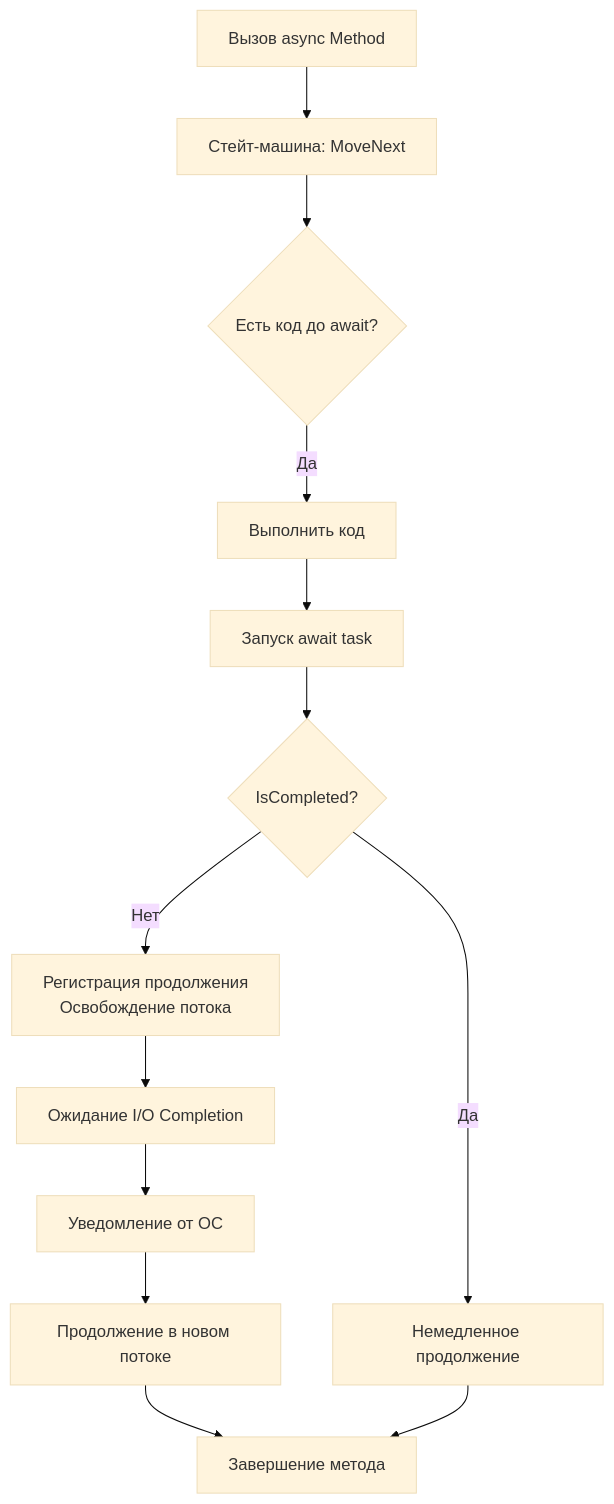
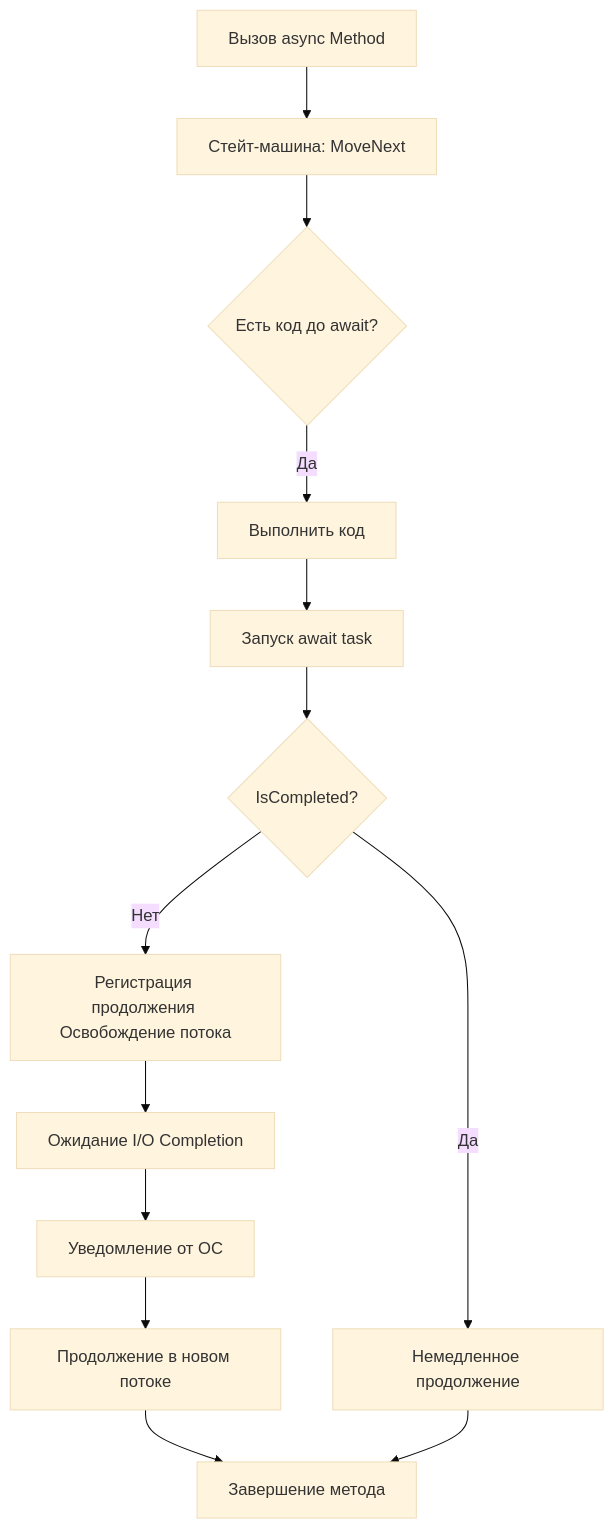
Before and after one commit to zola191/NotesVoult: the diagram in Подготовка к собеседованию/Многопоточность, Параллельность, Асинхронность.md, drawn with Mermaid (base theme).

Commit message:
vault backup: 2025-05-06 12:06:17

````diff
--- a/Подготовка к собеседованию/Многопоточность, Параллельность, Асинхронность.md
+++ b/Подготовка к собеседованию/Многопоточность, Параллельность, Асинхронность.md
@@ -461,15 +461,15 @@
 ```mermaid
 flowchart TD
     A[Вызов async Method] --> B[Стейт-машина: MoveNext]
     B --> C{Есть код до await?}
     C -->|Да| D[Выполнить код]
     D --> E[Запуск await task]
     E --> F{IsCompleted?}
-    F -->|Нет| G[Регистрация продолжения\nОсвобождение потока]
+    F -->|Нет| G[Регистрация продолжения Освобождение потока]
     G --> H[Ожидание I/O Completion]
     H --> I[Уведомление от ОС]
     I --> J[Продолжение в новом потоке]
     F -->|Да| K[Немедленное продолжение]
     J --> L[Завершение метода]
     K --> L
 ```
````
